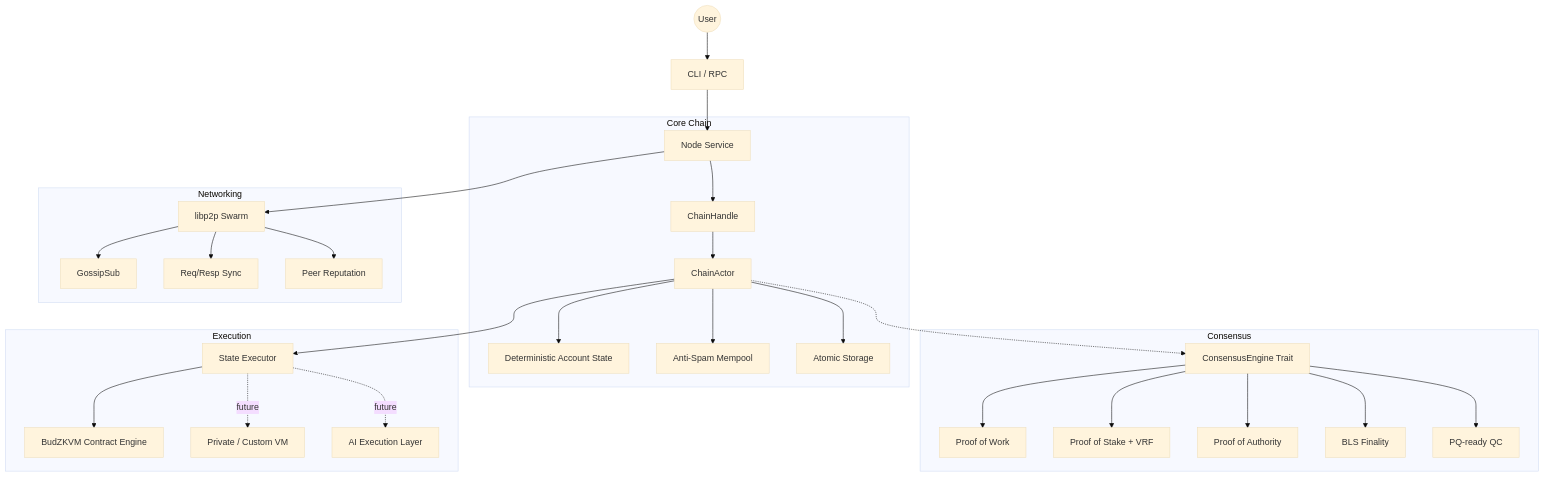
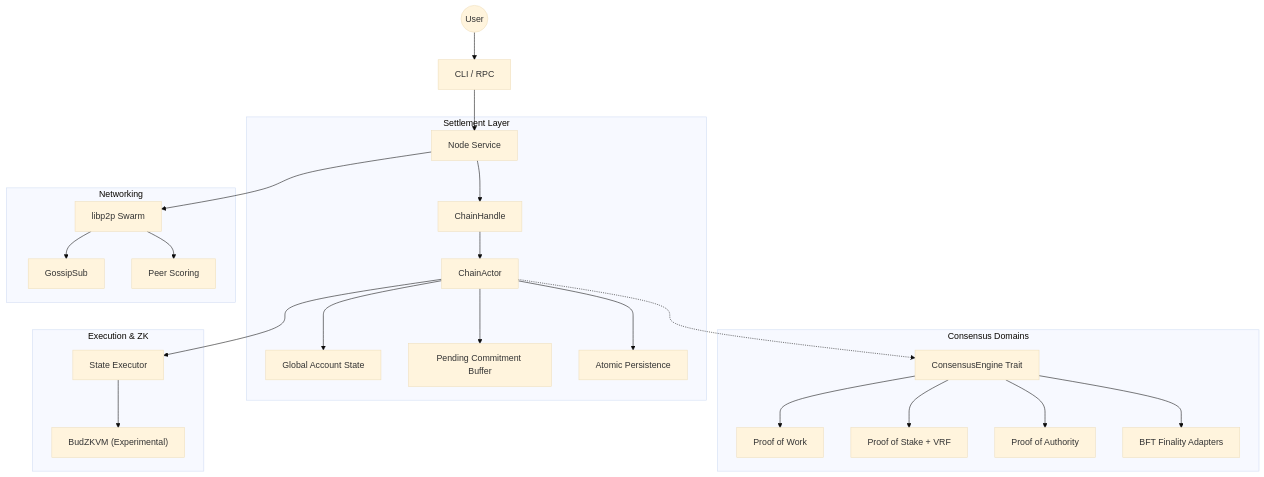
Before and after one commit to Budlum/Budlum: the diagram in README.md, drawn with Mermaid (base theme). The commit also changed other lines of this file, not shown here.

````diff
--- a/README.md
+++ b/README.md
@@ -37,36 +35,32 @@
 ```mermaid
 graph TD
     User(("User")) --> CLI["CLI / RPC"]
     CLI --> Node["Node Service"]
 
-    subgraph "Core Chain"
+    subgraph "Settlement Layer"
         Node --> ChainHandle["ChainHandle"]
         ChainHandle --> ChainActor["ChainActor"]
-        ChainActor --> State["Deterministic Account State"]
-        ChainActor --> Mempool["Anti-Spam Mempool"]
-        ChainActor --> Storage["Atomic Storage"]
+        ChainActor --> State["Global Account State"]
+        ChainActor --> Buffer["Pending Commitment Buffer"]
+        ChainActor --> Storage["Atomic Persistence"]
     end
 
-    subgraph "Consensus"
+    subgraph "Consensus Domains"
         ChainActor -.-> Engine["ConsensusEngine Trait"]
         Engine --> PoW["Proof of Work"]
         Engine --> PoS["Proof of Stake + VRF"]
         Engine --> PoA["Proof of Authority"]
-        Engine --> Finality["BLS Finality"]
-        Engine --> QC["PQ-ready QC"]
+        Engine --> BFT["BFT Finality Adapters"]
     end
 
-    subgraph "Execution"
+    subgraph "Execution & ZK"
         ChainActor --> Executor["State Executor"]
-        Executor --> ZKVM["BudZKVM Contract Engine"]
-        Executor -.->|future| PrivateVM["Private / Custom VM"]
-        Executor -.->|future| AIExec["AI Execution Layer"]
+        Executor --> ZKVM["BudZKVM (Experimental)"]
     end
 
     subgraph "Networking"
         Node --> Libp2p["libp2p Swarm"]
         Libp2p --> Gossip["GossipSub"]
-        Libp2p --> Sync["Req/Resp Sync"]
-        Libp2p --> Reputation["Peer Reputation"]
+        Libp2p --> Reputation["Peer Scoring"]
     end
 ```
````
